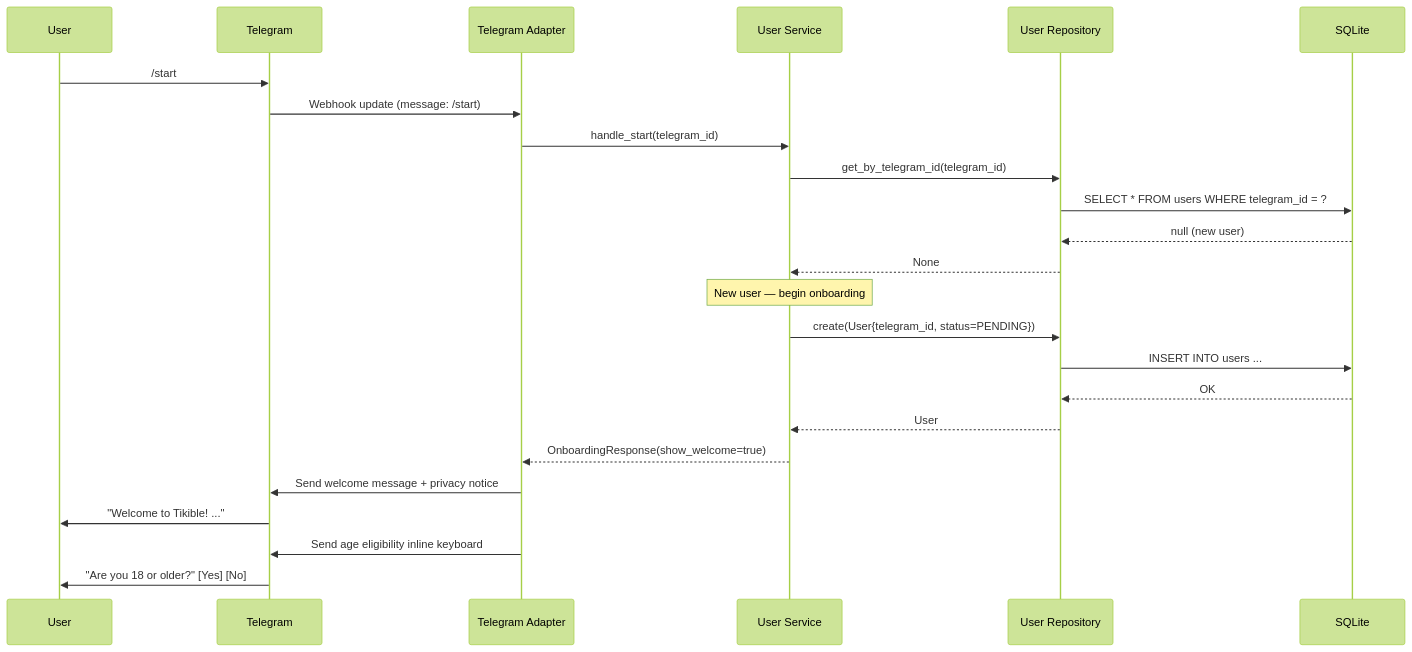
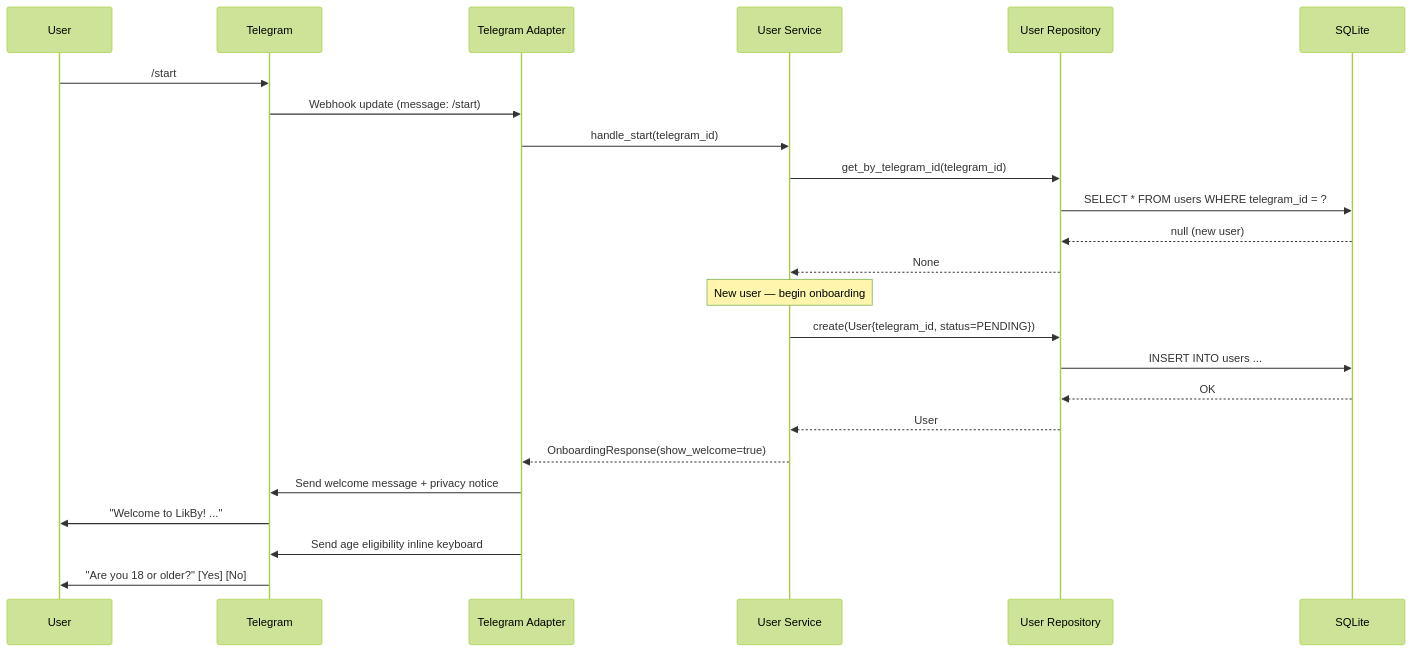
Before and after one commit to likby-dev/LikBy: the first of 15 diagrams in docs/09-data-flow.md, drawn with Mermaid (forest theme). The commit also changed other lines of this file and 131 other files, not shown here.

Commit message:
refactor: rename project, package, and documentation from tikible to LikBy

````diff
--- a/docs/09-data-flow.md
+++ b/docs/09-data-flow.md
@@ -15,29 +15,29 @@
 ```mermaid
 sequenceDiagram
     participant U as User
     participant T as Telegram
     participant A as Telegram Adapter
     participant US as User Service
     participant R as User Repository
     participant DB as SQLite
 
     U->>T: /start
     T->>A: Webhook update (message: /start)
     A->>US: handle_start(telegram_id)
     US->>R: get_by_telegram_id(telegram_id)
     R->>DB: SELECT * FROM users WHERE telegram_id = ?
     DB-->>R: null (new user)
     R-->>US: None
 
     Note over US: New user — begin onboarding
     US->>R: create(User{telegram_id, status=PENDING})
     R->>DB: INSERT INTO users ...
     DB-->>R: OK
     R-->>US: User
 
     US-->>A: OnboardingResponse(show_welcome=true)
     A->>T: Send welcome message + privacy notice
-    T->>U: "Welcome to Tikible! ..."
+    T->>U: "Welcome to LikBy! ..."
     A->>T: Send age eligibility inline keyboard
     T->>U: "Are you 18 or older?" [Yes] [No]
 ```
````
